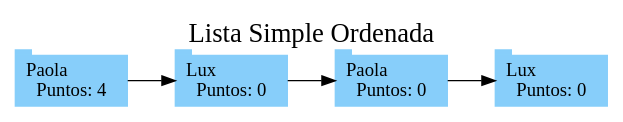
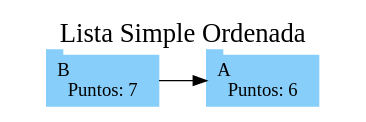
Before and after one commit to JoseMorente98/EDD-Proyecto-1: the diagram in EDD_1S2020_PY1_201801237/TableroPuntuacionLS.dot, drawn with Graphviz. The commit also changed 48 other files, not shown here.

```diff
--- a/EDD_1S2020_PY1_201801237/TableroPuntuacionLS.dot
+++ b/EDD_1S2020_PY1_201801237/TableroPuntuacionLS.dot
@@ -1,9 +1,5 @@
 digraph TableroPuntuacion {
- rankdir = LR; node[shape = tab, fontcolor = black, style = filled, color = lightskyblue];graph[label = "Lista Simple Ordenada", labelloc = t, fontsize = 20];Object0 [label = "Lux\lPuntos: 0"];
-Object1 [label = "Paola\lPuntos: 0"];
-Object2 [label = "Lux\lPuntos: 0"];
-Object3 [label = "Paola\lPuntos: 4"];
-Object3->Object2;
-Object2->Object1;
+ rankdir = LR; node[shape = tab, fontcolor = black, style = filled, color = lightskyblue];graph[label = "Lista Simple Ordenada", labelloc = t, fontsize = 20];Object0 [label = "A\lPuntos: 6"];
+Object1 [label = "B\lPuntos: 7"];
 Object1->Object0;
 }
```
